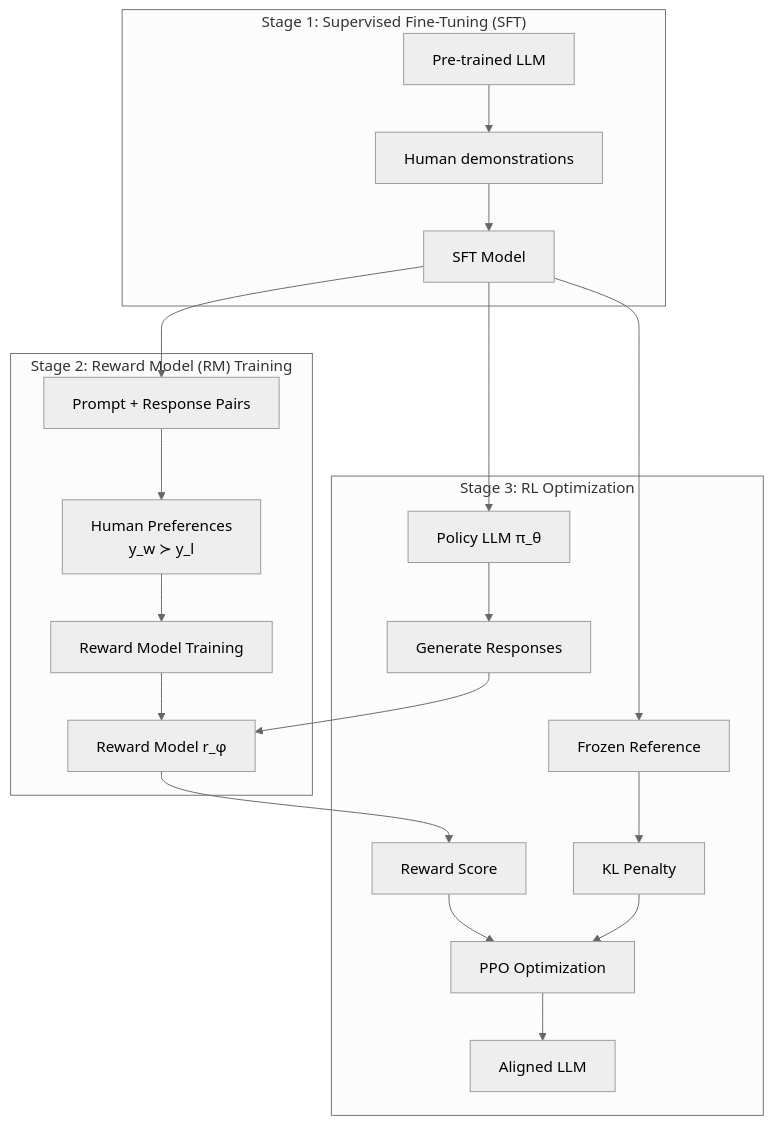
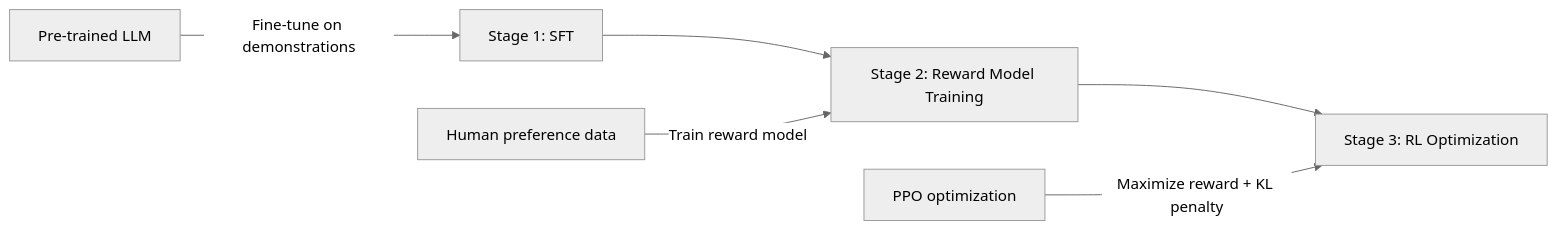
The first of 5 diagrams in src/ml/rl/rlhf.md (vanos001/placement_prep), drawn with Mermaid (neutral theme) before and after one commit. The commit also changed other lines of this file and 13 other files, not shown here.

````diff
--- a/src/ml/rl/rlhf.md
+++ b/src/ml/rl/rlhf.md
@@ -9,26 +9,9 @@
 ```mermaid
-graph TD
-    subgraph "Stage 1: Supervised Fine-Tuning (SFT)"
-        PRE[Pre-trained LLM] --> SFT_DATA[Human demonstrations]
-        SFT_DATA --> SFT_MODEL[SFT Model]
-    end
+graph LR
+    A[Stage 1: SFT] --> B[Stage 2: Reward Model Training]
+    B --> C[Stage 3: RL Optimization]
     
-    subgraph "Stage 2: Reward Model (RM) Training"
-        SFT_MODEL --> PAIR[Prompt + Response Pairs]
-        PAIR --> HUMAN[Human Preferences<br/>y_w ≻ y_l]
-        HUMAN --> RM_TRAIN[Reward Model Training]
-        RM_TRAIN --> RM[Reward Model r_φ]
-    end
-    
-    subgraph "Stage 3: RL Optimization"
-        SFT_MODEL --> REF[Frozen Reference]
-        SFT_MODEL --> POLICY[Policy LLM π_θ]
-        POLICY --> GENERATE[Generate Responses]
-        GENERATE --> RM
-        RM --> SCORE[Reward Score]
-        SCORE --> PPO[PPO Optimization]
-        REF --> KL[KL Penalty]
-        KL --> PPO
-        PPO --> ALIGNED[Aligned LLM]
-    end
+    A1[Pre-trained LLM] -->|Fine-tune on demonstrations| A
+    B1[Human preference data] -->|Train reward model| B
+    C1[PPO optimization] -->|Maximize reward + KL penalty| C
 ```
````
